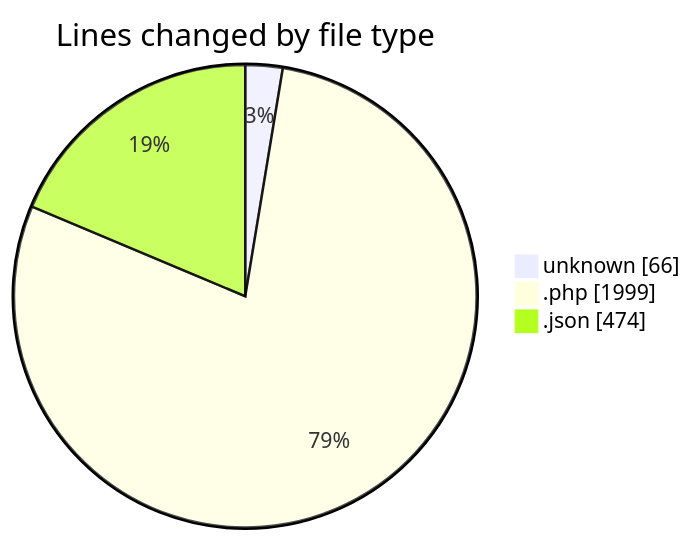
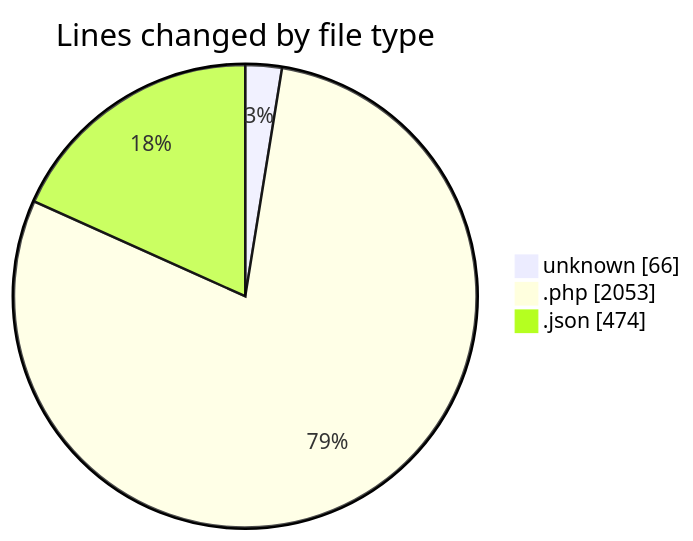
Before and after one commit to idhammustaqopulfikri/code-tracking: the first of 2 diagrams in 2025-05-27/studio-backend/README.md, drawn with Mermaid. The commit also changed other lines of this file and 1 other file, not shown here.

````diff
--- a/2025-05-27/studio-backend/README.md
+++ b/2025-05-27/studio-backend/README.md
@@ -53,7 +53,7 @@
 ```mermaid
 pie showData
 title Lines changed by file type
 "unknown" : 66
-".php" : 1999
+".php" : 2053
 ".json" : 474
 ```
````
